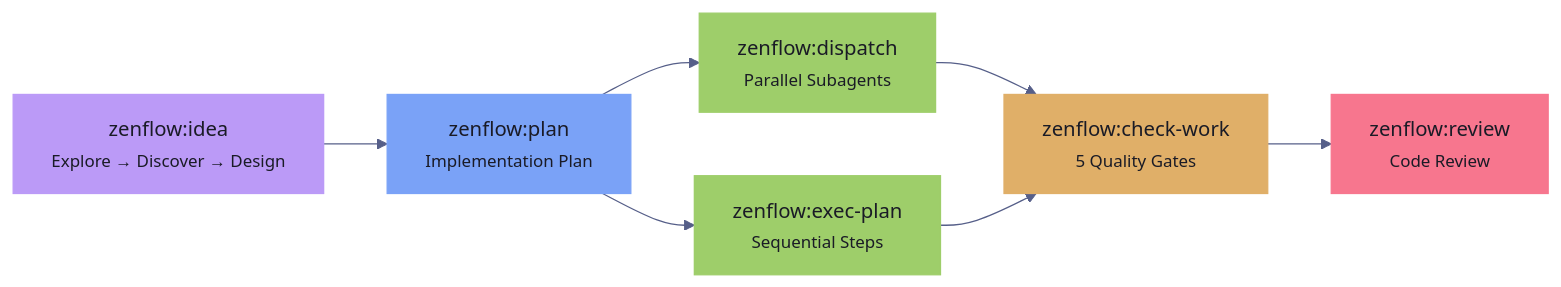
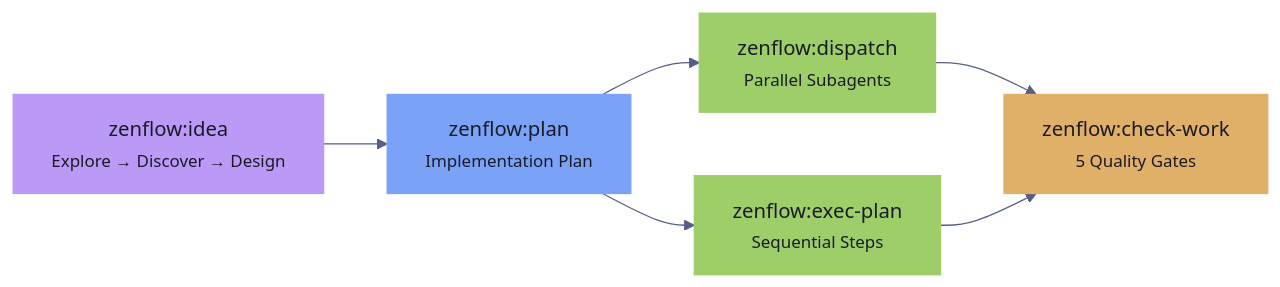
One commit to brewpirate/zen-flow changed the diagram in plugins/zenflow/README.md. Above: the diagram before and after it, drawn with Mermaid. The commit also changed other lines of this file and 29 other files, not shown here.

````diff
--- a/plugins/zenflow/README.md
+++ b/plugins/zenflow/README.md
@@ -38,24 +38,21 @@
 ```mermaid
 %%{init: {'theme': 'base', 'themeVariables': { 'primaryColor': '#1a1b26', 'primaryTextColor': '#c0caf5', 'lineColor': '#565f89', 'secondaryColor': '#24283b' }}}%%
 graph LR
     idea["zenflow:idea<br/><small>Explore → Discover → Design</small>"]
     plan["zenflow:plan<br/><small>Implementation Plan</small>"]
     dispatch["zenflow:dispatch<br/><small>Parallel Subagents</small>"]
     execplan["zenflow:exec-plan<br/><small>Sequential Steps</small>"]
     check["zenflow:check-work<br/><small>5 Quality Gates</small>"]
-    review["zenflow:review<br/><small>Code Review</small>"]
 
     idea --> plan
     plan --> dispatch
     plan --> execplan
     dispatch --> check
     execplan --> check
-    check --> review
 
     style idea fill:#bb9af7,color:#1a1b26,stroke:#bb9af7
     style plan fill:#7aa2f7,color:#1a1b26,stroke:#7aa2f7
     style dispatch fill:#9ece6a,color:#1a1b26,stroke:#9ece6a
     style execplan fill:#9ece6a,color:#1a1b26,stroke:#9ece6a
     style check fill:#e0af68,color:#1a1b26,stroke:#e0af68
-    style review fill:#f7768e,color:#1a1b26,stroke:#f7768e
 ```
````
